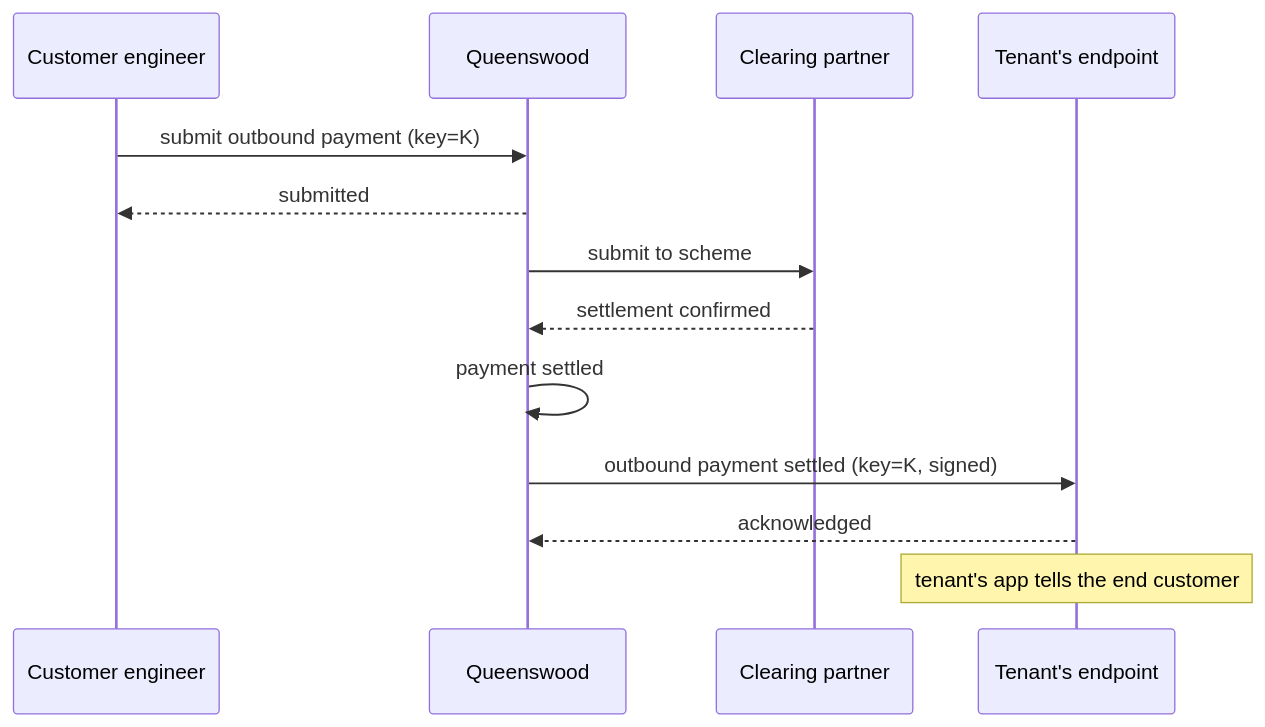
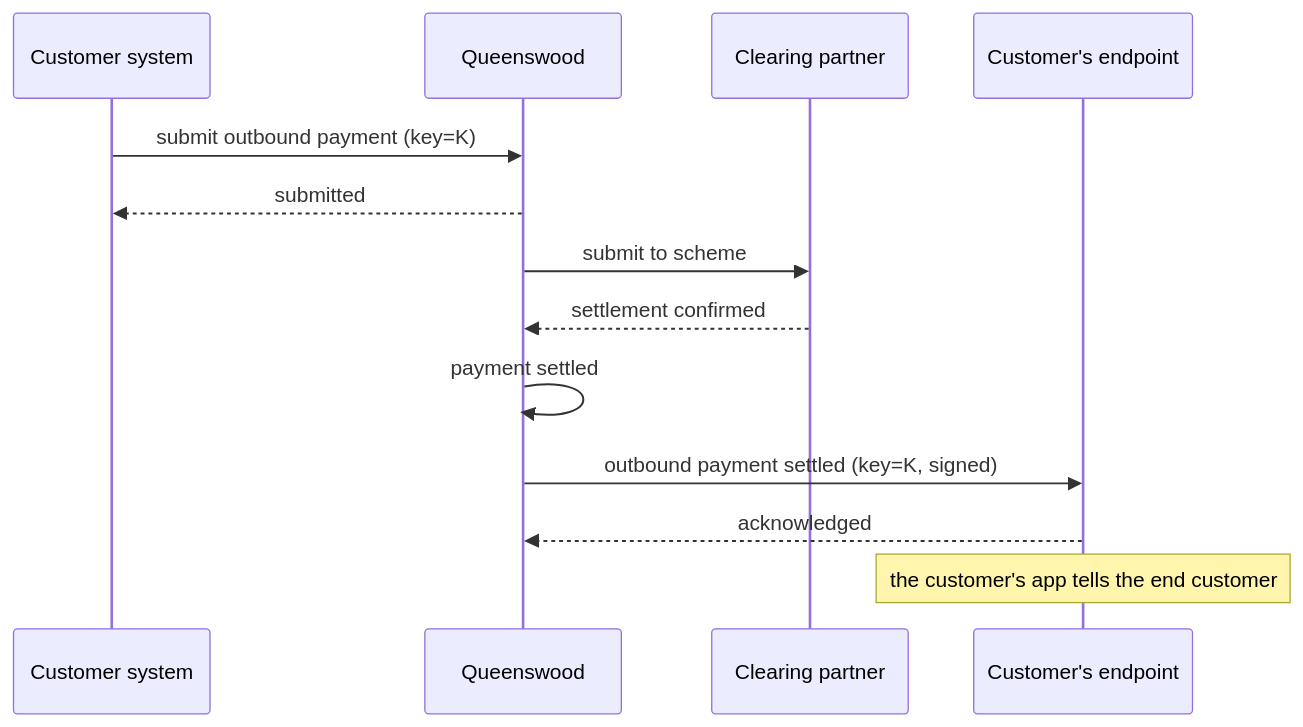
One commit to repldriven/queenswood changed the second of 4 diagrams in docs/prd/webhooks.md. Above: the diagram before and after it, drawn with Mermaid. The commit also changed other lines of this file and 32 other files, not shown here.

````diff
--- a/docs/prd/webhooks.md
+++ b/docs/prd/webhooks.md
@@ -286,16 +286,16 @@
 ```mermaid
 sequenceDiagram
-    participant T as Customer engineer
+    participant T as Customer system
     participant Q as Queenswood
     participant S as Clearing partner
-    participant E as Tenant's endpoint
+    participant E as Customer's endpoint
 
     T->>Q: submit outbound payment (key=K)
     Q-->>T: submitted
     Q->>S: submit to scheme
     S-->>Q: settlement confirmed
     Q->>Q: payment settled
     Q->>E: outbound payment settled (key=K, signed)
     E-->>Q: acknowledged
-    Note over E: tenant's app tells the end customer
+    Note over E: the customer's app tells the end customer
 ```
````
